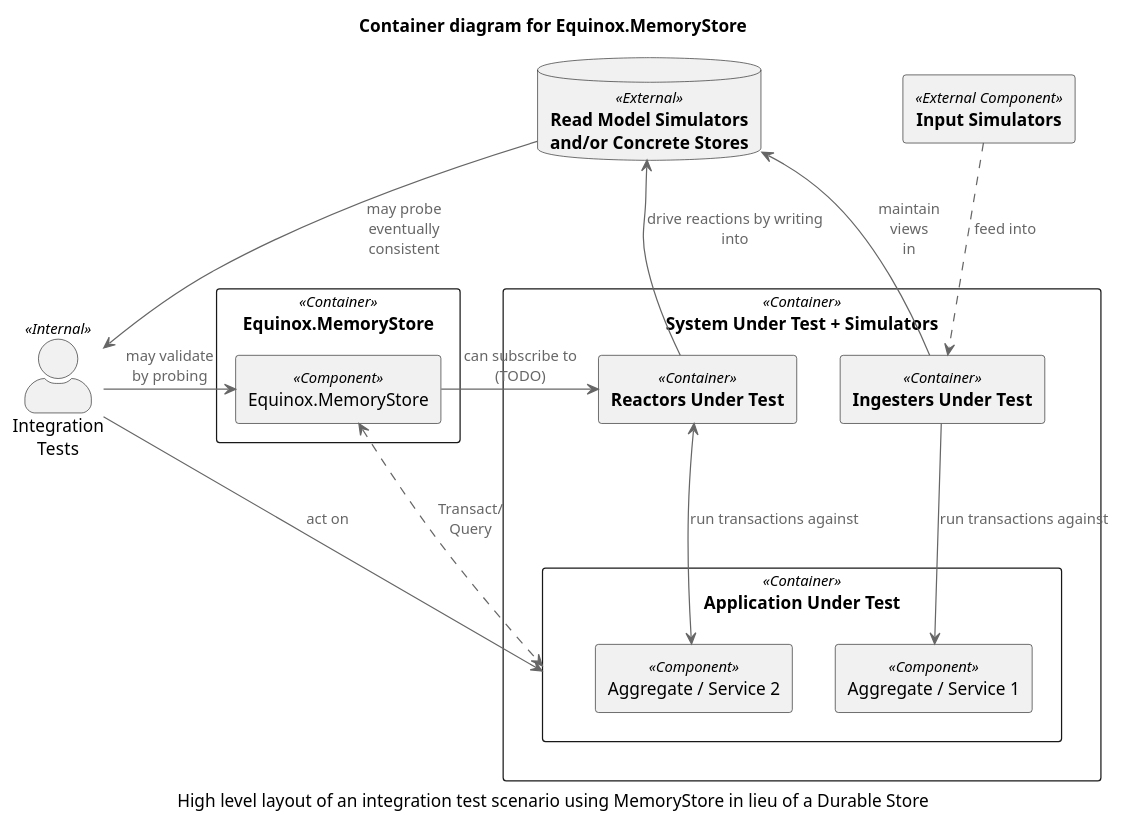
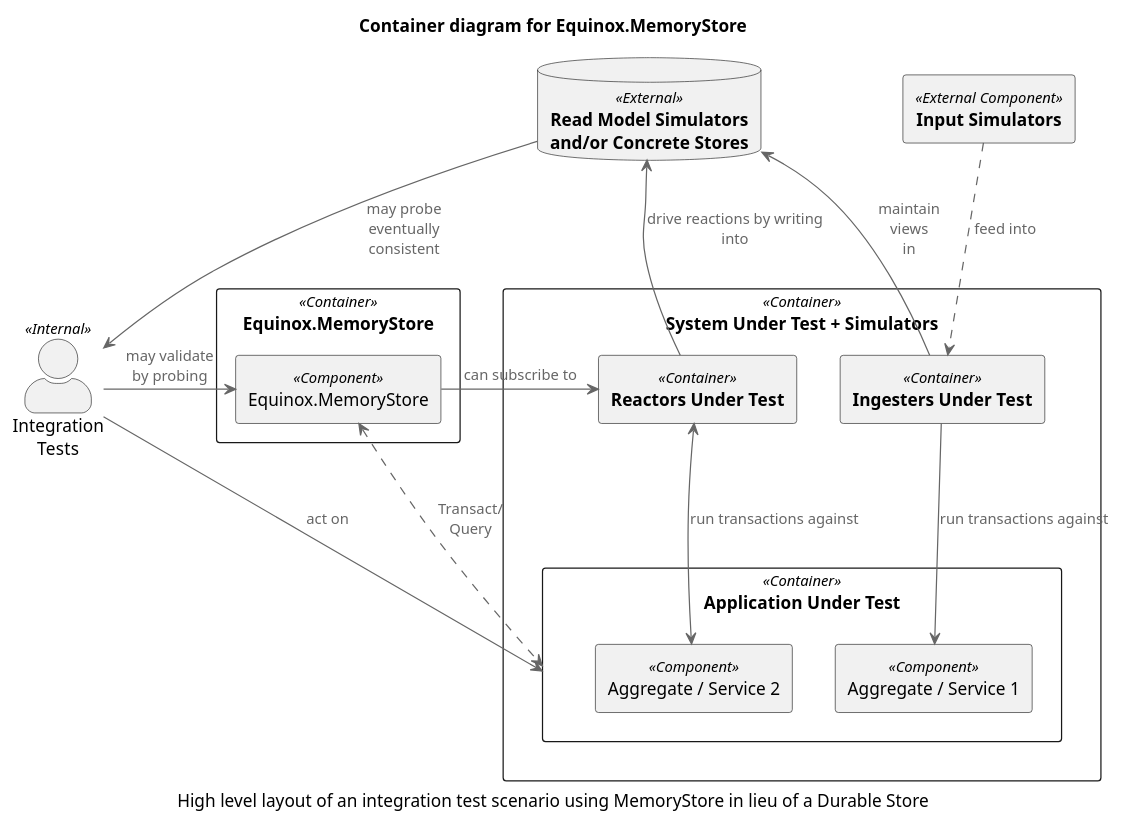
The diagram in diagrams/MemoryStoreContainer.puml (jet/equinox), drawn with PlantUML before and after one commit. The commit also changed 5 other files, not shown here.

```diff
--- a/diagrams/MemoryStoreContainer.puml
+++ b/diagrams/MemoryStoreContainer.puml
@@ -1,56 +1,56 @@
 @startuml
 !includeurl https://raw.githubusercontent.com/skleanthous/C4-PlantumlSkin/master/build/output/c4.puml
 
 title Container diagram for Equinox.MemoryStore
 caption High level layout of an integration test scenario using MemoryStore in lieu of a Durable Store
 
 rectangle inputs <<External Component>> [
     **Input Simulators**
 ]
 
 together {
     rectangle "Equinox.MemoryStore" <<Container>> {
         rectangle eqxms <<Component>> [
             Equinox.MemoryStore
         ]
     }
     actor "Integration\nTests" <<Internal>> as tests
     database caches <<External>> [
         **Read Model Simulators**
         **and/or Concrete Stores**
     ]
 }
 
 rectangle "System Under Test + Simulators" <<Container>> {
     rectangle "Application Under Test" <<Container>> as aggregate {
         rectangle aggregate1 <<Component>> [
             Aggregate / Service 1
         ]
         rectangle aggregate2 <<Component>> [
             Aggregate / Service 2
         ]
     }
     rectangle ingesters <<Container>> [
         **Ingesters Under Test**
     ]
     rectangle reactors <<Container>> [
         **Reactors Under Test**
     ]
 }
 
 tests      -D->  aggregate  : act on
 tests     <-     caches     : may probe\neventually\nconsistent
 tests       -L-> eqxms      : may validate\nby probing
 
 aggregate <.L.>  eqxms      : Transact/\nQuery
 
 ingesters  ->    aggregate1 : run transactions against
 ingesters  -U->  caches     : maintain\nviews\nin
 ingesters <.U.   inputs     : feed into
 
-reactors  <-     eqxms      : can subscribe to\n(TODO)
+reactors  <-     eqxms      : can subscribe to
 reactors  <-D->  aggregate2 : run transactions against
 reactors  -U->   caches     : drive reactions by writing into
 ingesters -[hidden]R--> reactors
 
 @enduml
```
